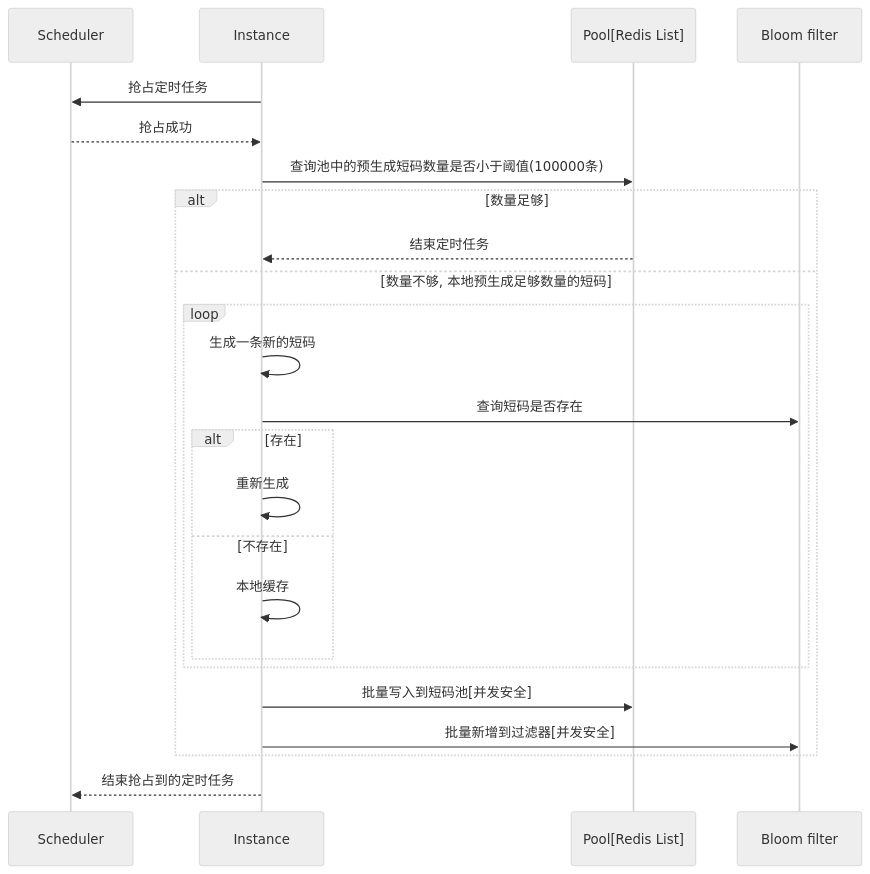
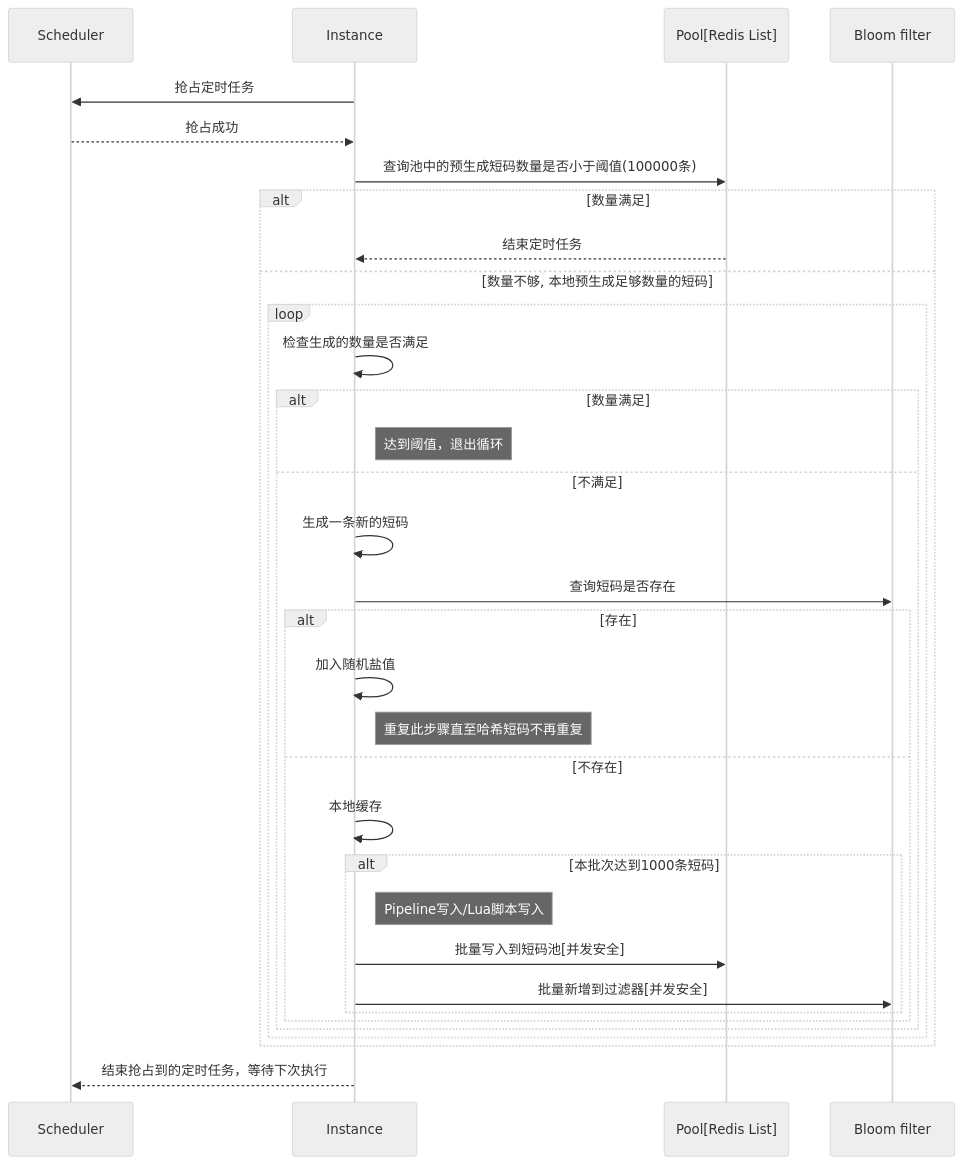
One commit to TimeWtr/shortlink-platform changed the second of 3 diagrams in README.md. Above: the diagram before and after it, drawn with Mermaid (neutral theme). The commit also changed other lines of this file, not shown here.

````diff
--- a/README.md
+++ b/README.md
@@ -42,27 +43,36 @@
 ```mermaid
 sequenceDiagram
     participant Scheduler
     participant Instance
     participant Pool[Redis List]
     participant Bloom filter
     
     Instance ->> Scheduler: 抢占定时任务
     Scheduler -->> Instance: 抢占成功
     Instance ->> Pool[Redis List]: 查询池中的预生成短码数量是否小于阈值(100000条)
-    alt 数量足够
+    alt 数量满足
         Pool[Redis List] -->> Instance: 结束定时任务
     else 数量不够, 本地预生成足够数量的短码
         loop
-           Instance ->> Instance: 生成一条新的短码
-           Instance ->> Bloom filter: 查询短码是否存在
-           alt 存在
-              Instance ->> Instance: 重新生成
-           else 不存在
-              Instance ->> Instance: 本地缓存
+            Instance ->> Instance: 检查生成的数量是否满足
+            alt 数量满足
+                note right of Instance: 达到阈值，退出循环
+            else 不满足
+               Instance ->> Instance: 生成一条新的短码
+               Instance ->> Bloom filter: 查询短码是否存在
+               alt 存在
+                  Instance ->> Instance: 加入随机盐值
+                  note right of Instance: 重复此步骤直至哈希短码不再重复
+               else 不存在
+                  Instance ->> Instance: 本地缓存
+                  alt 本批次达到1000条短码
+                      note right of Instance: Pipeline写入/Lua脚本写入
+                      Instance ->> Pool[Redis List]: 批量写入到短码池[并发安全]
+                      Instance ->> Bloom filter: 批量新增到过滤器[并发安全]
+                  end
+               end
            end
         end
-        Instance ->> Pool[Redis List]: 批量写入到短码池[并发安全]
-        Instance ->> Bloom filter: 批量新增到过滤器[并发安全]
     end
-    Instance -->> Scheduler: 结束抢占到的定时任务
+    Instance -->> Scheduler: 结束抢占到的定时任务，等待下次执行
 ```
````
